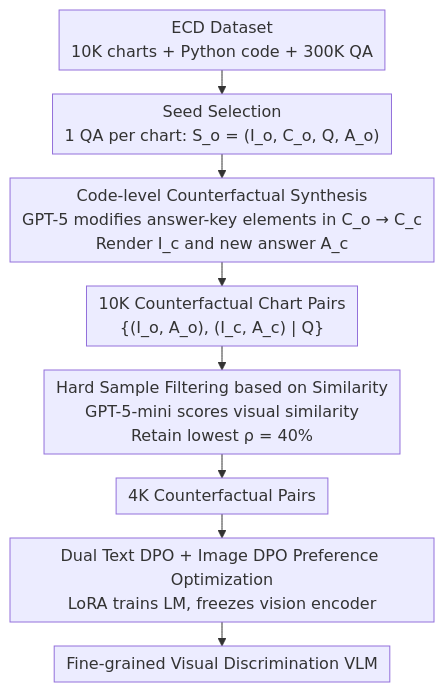
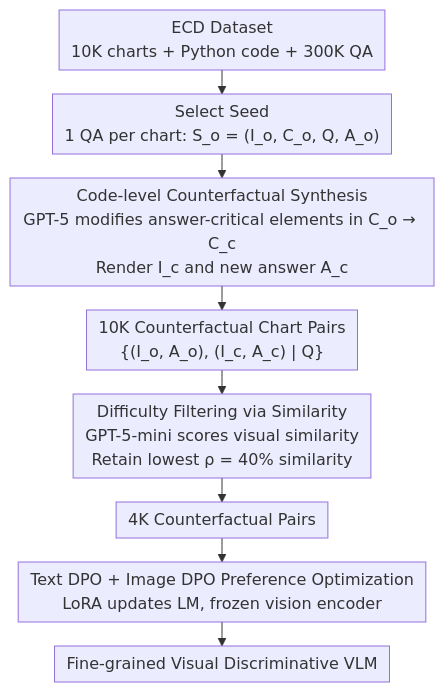
Before and after one commit to zhaoyang97/Paper-Notes-en: the diagram in docs/ACL2026/multimodal_vlm/learning_more_from_less_exploiting_counterfactuals_for_data-efficient_chart_unde.md, drawn with Mermaid. The commit also changed other lines of this file and 5084 other files, not shown here.

````diff
--- a/docs/ACL2026/multimodal_vlm/learning_more_from_less_exploiting_counterfactuals_for_data-efficient_chart_unde.md
+++ b/docs/ACL2026/multimodal_vlm/learning_more_from_less_exploiting_counterfactuals_for_data-efficient_chart_unde.md
@@ -49,11 +49,11 @@
 ```mermaid
 %%{init: {'flowchart': {'rankSpacing': 24, 'nodeSpacing': 28, 'padding': 6, 'wrappingWidth': 400}}}%%
 flowchart TD
-    A["ECD Dataset<br/>10K charts + Python code + 300K QA"] --> B["Seed Selection<br/>1 QA per chart: S_o = (I_o, C_o, Q, A_o)"]
-    B --> C["Code-level Counterfactual Synthesis<br/>GPT-5 modifies answer-key elements in C_o → C_c<br/>Render I_c and new answer A_c"]
+    A["ECD Dataset<br/>10K charts + Python code + 300K QA"] --> B["Select Seed<br/>1 QA per chart: S_o = (I_o, C_o, Q, A_o)"]
+    B --> C["Code-level Counterfactual Synthesis<br/>GPT-5 modifies answer-critical elements in C_o → C_c<br/>Render I_c and new answer A_c"]
     C --> D["10K Counterfactual Chart Pairs<br/>{(I_o, A_o), (I_c, A_c) | Q}"]
-    D --> E["Hard Sample Filtering based on Similarity<br/>GPT-5-mini scores visual similarity<br/>Retain lowest ρ = 40%"]
+    D --> E["Difficulty Filtering via Similarity<br/>GPT-5-mini scores visual similarity<br/>Retain lowest ρ = 40% similarity"]
     E --> F["4K Counterfactual Pairs"]
-    F --> G["Dual Text DPO + Image DPO Preference Optimization<br/>LoRA trains LM, freezes vision encoder"]
-    G --> H["Fine-grained Visual Discrimination VLM"]
+    F --> G["Text DPO + Image DPO Preference Optimization<br/>LoRA updates LM, frozen vision encoder"]
+    G --> H["Fine-grained Visual Discriminative VLM"]
 ```
````
